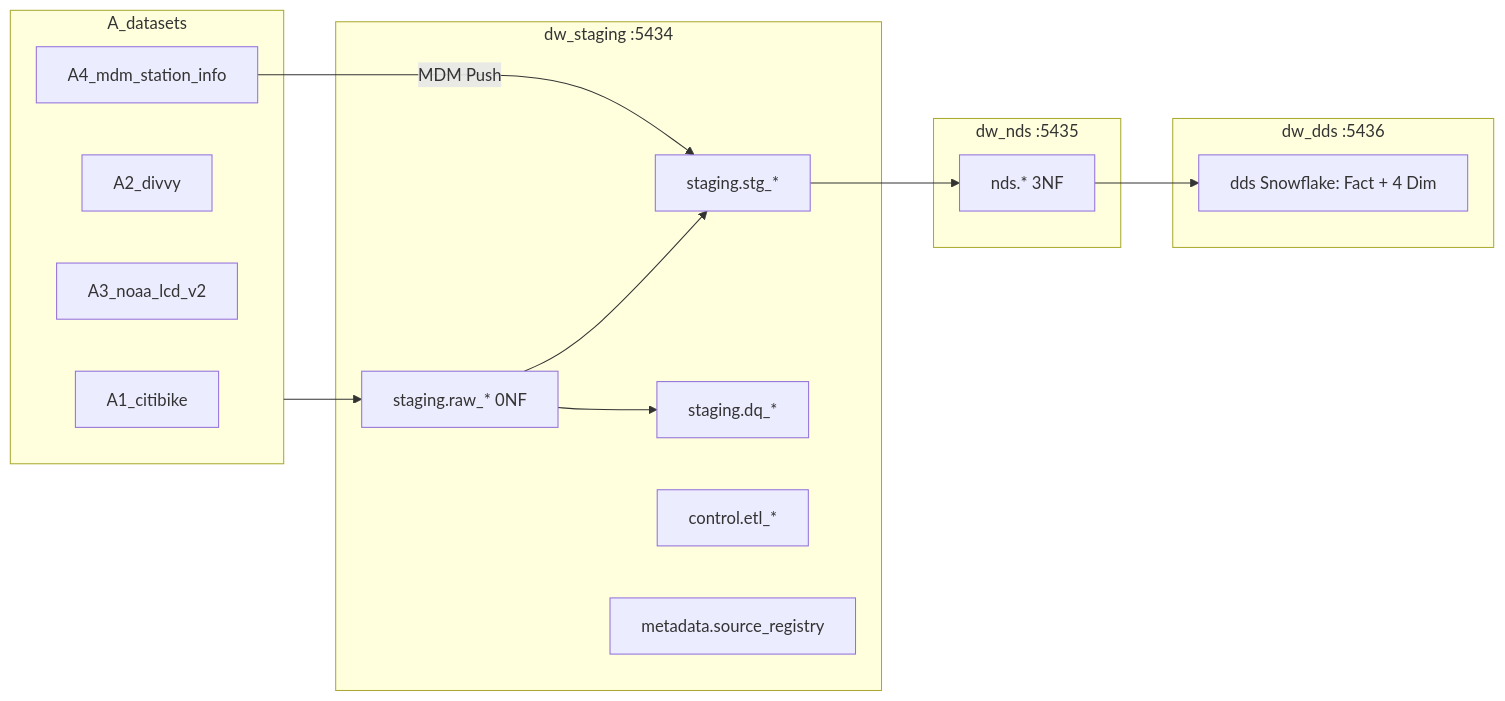
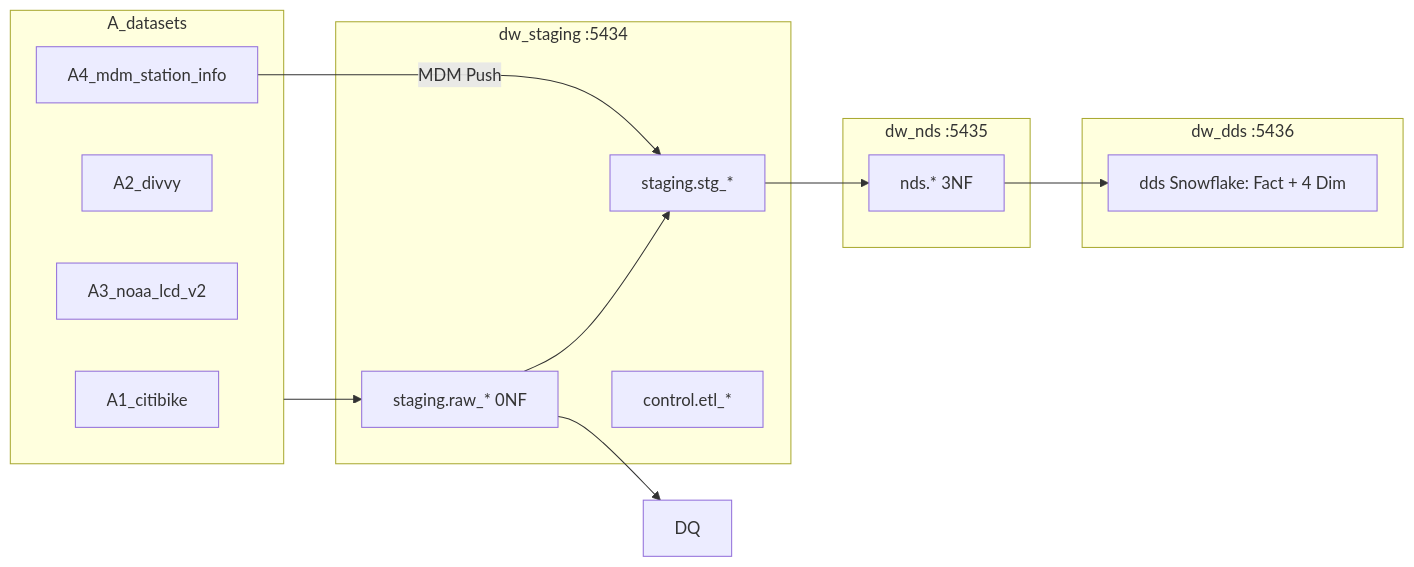
One commit to 1653072/hcmus-master-is-bi changed the first of 6 diagrams in 4_Official_Hop_Project/README.md. Above: the diagram before and after it, drawn with Mermaid. The commit also changed other lines of this file and 7 other files, not shown here.

````diff
--- a/4_Official_Hop_Project/README.md
+++ b/4_Official_Hop_Project/README.md
@@ -616,26 +616,24 @@
 ```mermaid
 flowchart LR
   subgraph sources [A_datasets]
     A1[A1_citibike]
     A2[A2_divvy]
     A3[A3_noaa_lcd_v2]
     A4[A4_mdm_station_info]
   end
   subgraph stg [dw_staging :5434]
     RAW[staging.raw_* 0NF]
     STG[staging.stg_*]
-    DQ[staging.dq_*]
     CTL[control.etl_*]
-    META[metadata.source_registry]
   end
   subgraph nds [dw_nds :5435]
     NDS3[nds.* 3NF]
   end
   subgraph dds [dw_dds :5436]
     SNOWFLAKE["dds Snowflake: Fact + 4 Dim"]
   end
   sources --> RAW --> STG
   RAW --> DQ
   STG --> NDS3 --> SNOWFLAKE
   A4 -->|MDM Push| STG
 ```
````
